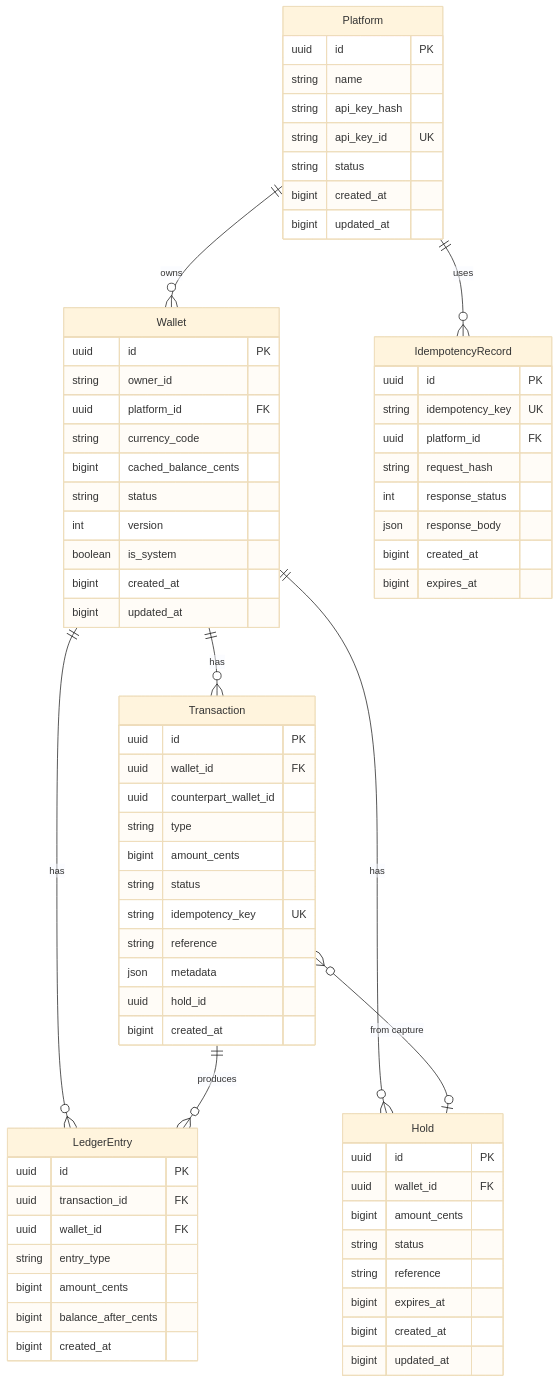
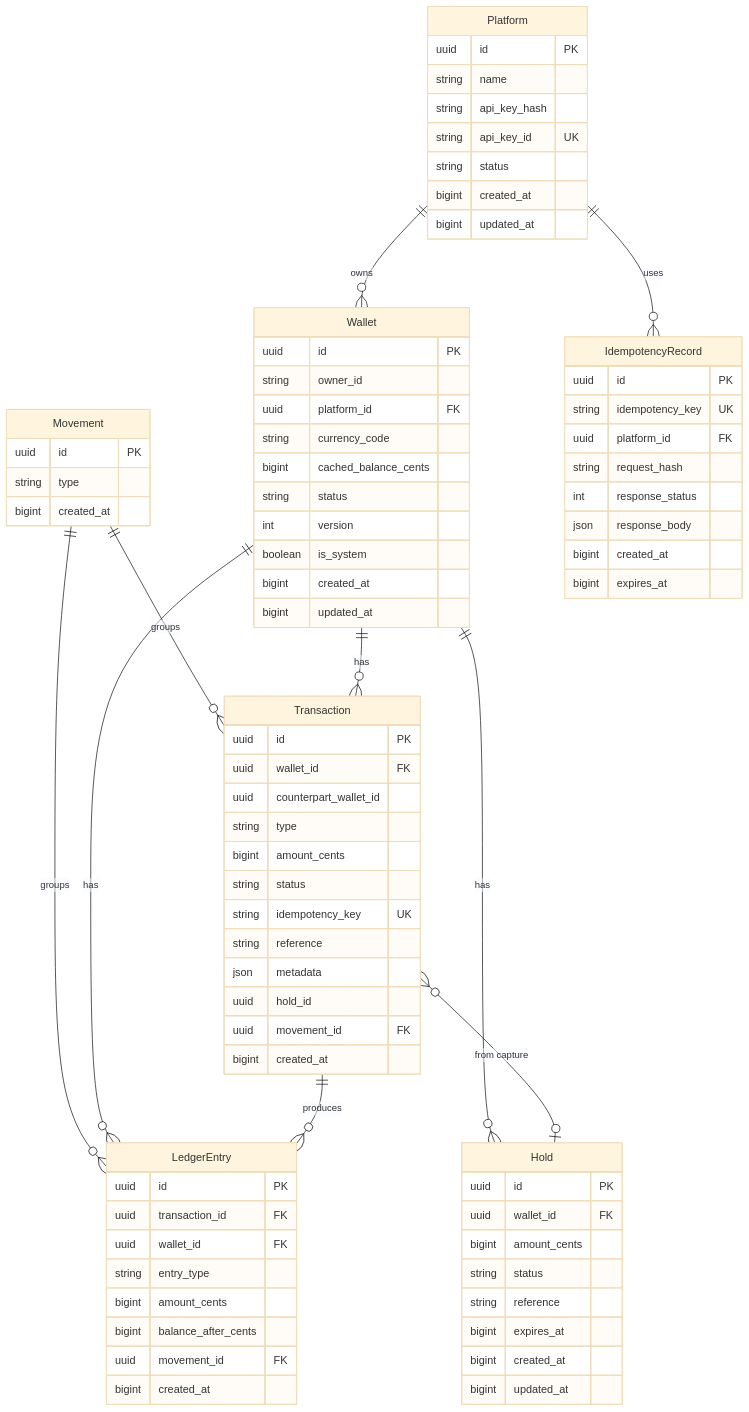
The diagram in docs/datamodel.md (danielsamaniego/wallet), drawn with Mermaid (base theme) before and after one commit. The commit also changed other lines of this file and 26 other files, not shown here.

````diff
--- a/docs/datamodel.md
+++ b/docs/datamodel.md
@@ -9,12 +9,20 @@
 ```mermaid
 erDiagram
     Platform ||--o{ Wallet : owns
+    Movement ||--o{ Transaction : groups
+    Movement ||--o{ LedgerEntry : groups
     Wallet ||--o{ Transaction : has
     Wallet ||--o{ LedgerEntry : has
     Wallet ||--o{ Hold : has
     Transaction ||--o{ LedgerEntry : produces
     Transaction }o--o| Hold : "from capture"
     Platform ||--o{ IdempotencyRecord : uses
+
+    Movement {
+        uuid id PK
+        string type
+        bigint created_at
+    }
 
     Platform {
         uuid id PK
@@ -50,6 +58,7 @@
         string reference
         json metadata
         uuid hold_id
+        uuid movement_id FK
         bigint created_at
     }
 
@@ -60,6 +69,7 @@
         string entry_type
         bigint amount_cents
         bigint balance_after_cents
+        uuid movement_id FK
         bigint created_at
     }
 
````
